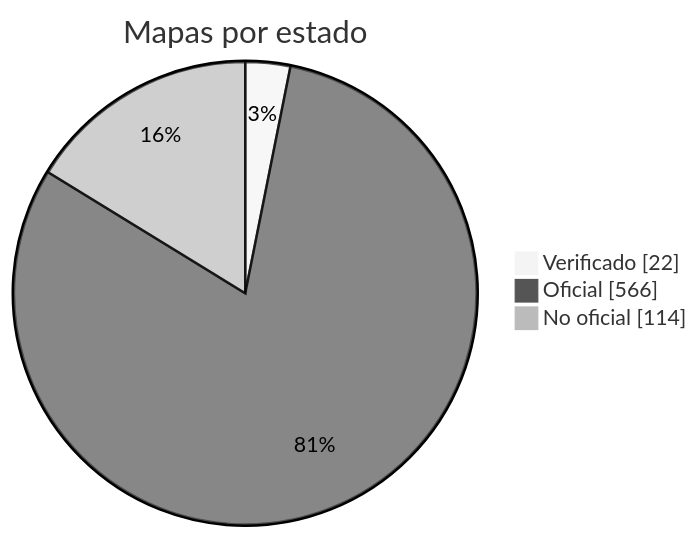
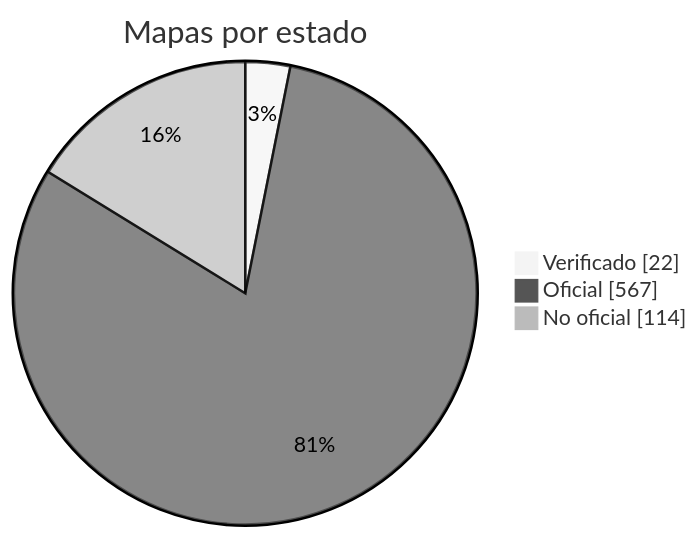
Before and after one commit to nobrega8/mbmap-library: the diagram in docs/readme/README_ES.md, drawn with Mermaid (neutral theme). The commit also changed 6 other files, not shown here.

````diff
--- a/docs/readme/README_ES.md
+++ b/docs/readme/README_ES.md
@@ -54,7 +54,7 @@
 ```mermaid
 pie showData
     title Mapas por estado
     "Verificado" : 22
-    "Oficial" : 566
+    "Oficial" : 567
     "No oficial" : 114
 ```
````
